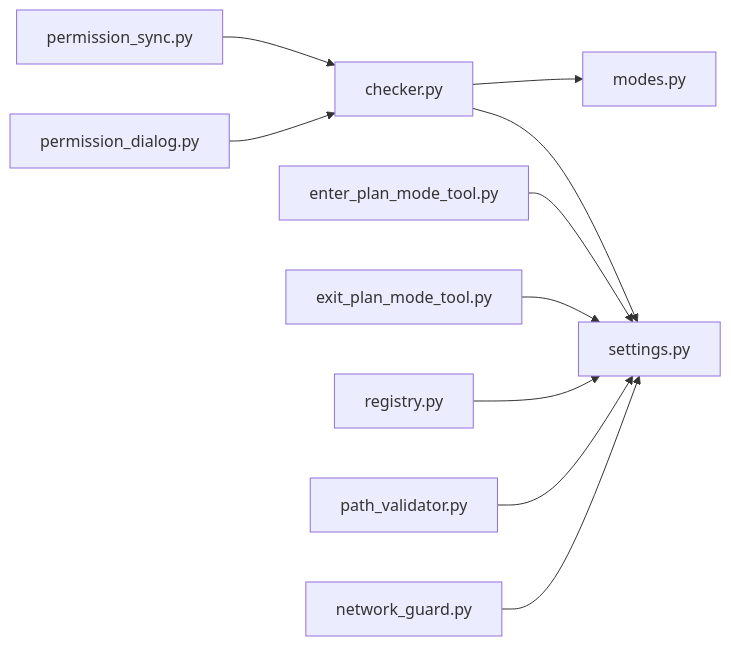
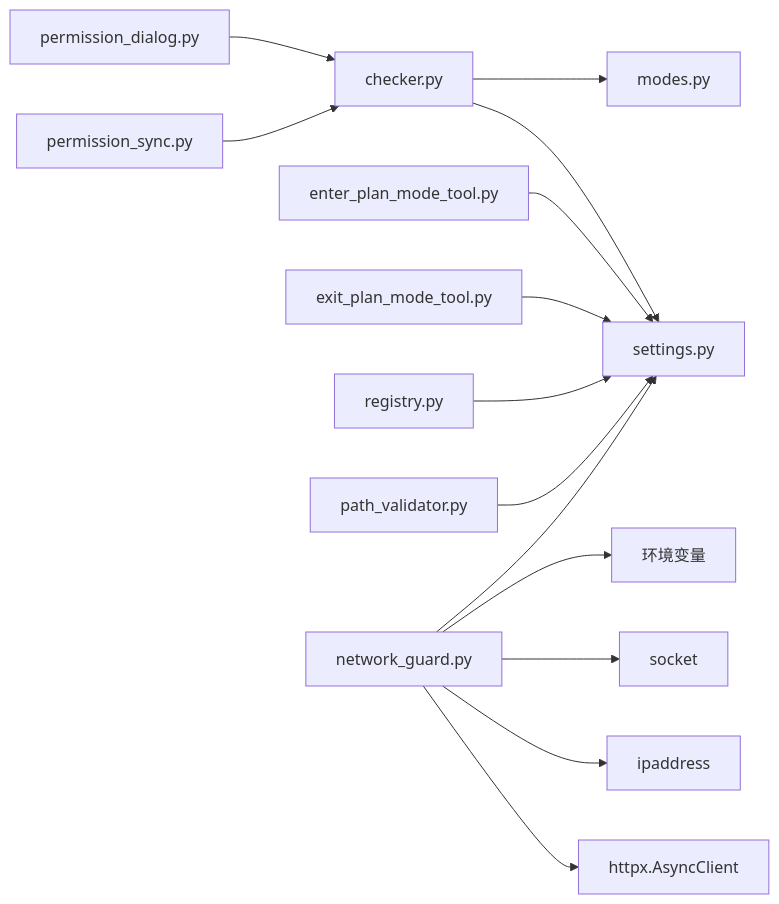
One commit to haolange/OpenHarness changed the sixth of 6 diagrams in .qoder/repowiki/zh/content/权限和安全/权限和安全.md. Above: the diagram before and after it, drawn with Mermaid. The commit also changed other lines of this file and 5 other files, not shown here.

````diff
--- a/.qoder/repowiki/zh/content/权限和安全/权限和安全.md
+++ b/.qoder/repowiki/zh/content/权限和安全/权限和安全.md
@@ -317,12 +401,16 @@
 ```mermaid
 graph LR
 Checker["checker.py"] --> Settings["settings.py"]
 Checker --> Modes["modes.py"]
 Dialog["permission_dialog.py"] --> Checker
 Sync["permission_sync.py"] --> Checker
 Tools["enter_plan_mode_tool.py"] --> Settings
 Tools2["exit_plan_mode_tool.py"] --> Settings
 Cmd["registry.py"] --> Settings
 Sandbox["path_validator.py"] --> Settings
 Net["network_guard.py"] --> Settings
+Net --> Httpx["httpx.AsyncClient"]
+Net --> IPAddr["ipaddress"]
+Net --> Socket["socket"]
+Net --> Env["环境变量"]
 ```
````
